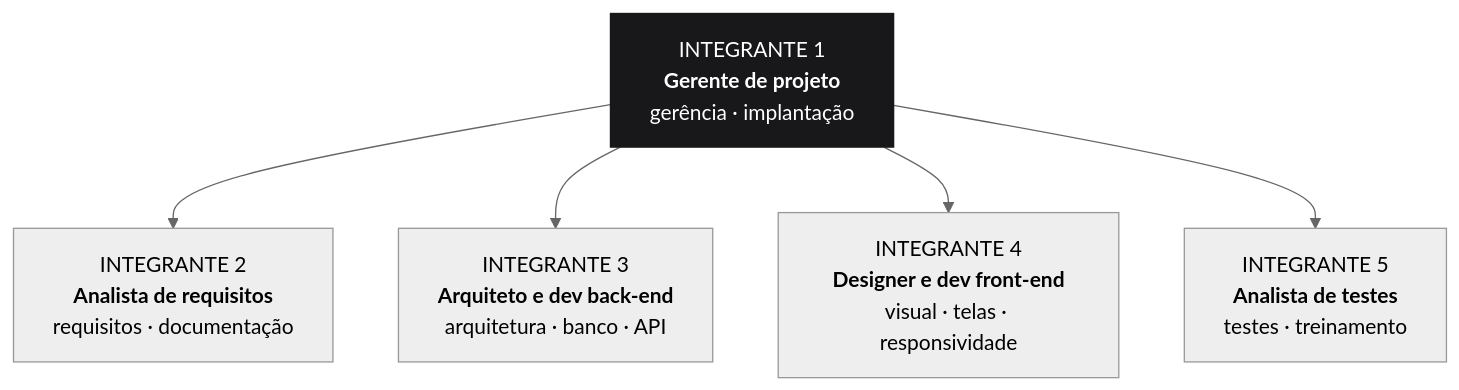
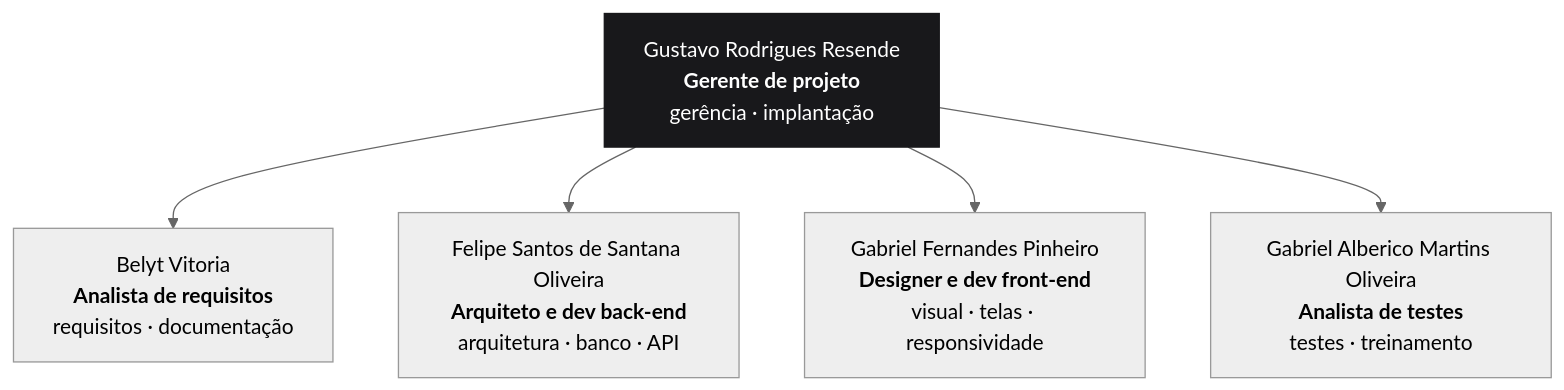
One commit to GustavoResendeDev/V2.AtividadeEscolar changed the diagram in docs/diagramas/fonte/03-equipe.mmd. Above: the diagram before and after it, drawn with Mermaid (neutral theme). The commit also changed 69 other files, not shown here.

```diff
--- a/docs/diagramas/fonte/03-equipe.mmd
+++ b/docs/diagramas/fonte/03-equipe.mmd
@@ -1,7 +1,7 @@
 flowchart TB
-  GP["INTEGRANTE 1<br/><b>Gerente de projeto</b><br/>gerência · implantação"]:::lider
-  GP --> RQ["INTEGRANTE 2<br/><b>Analista de requisitos</b><br/>requisitos · documentação"]
-  GP --> AR["INTEGRANTE 3<br/><b>Arquiteto e dev back-end</b><br/>arquitetura · banco · API"]
-  GP --> UX["INTEGRANTE 4<br/><b>Designer e dev front-end</b><br/>visual · telas · responsividade"]
-  GP --> QA["INTEGRANTE 5<br/><b>Analista de testes</b><br/>testes · treinamento"]
+  GP["Gustavo Rodrigues Resende<br/><b>Gerente de projeto</b><br/>gerência · implantação"]:::lider
+  GP --> RQ["Belyt Vitoria<br/><b>Analista de requisitos</b><br/>requisitos · documentação"]
+  GP --> AR["Felipe Santos de Santana Oliveira<br/><b>Arquiteto e dev back-end</b><br/>arquitetura · banco · API"]
+  GP --> UX["Gabriel Fernandes Pinheiro<br/><b>Designer e dev front-end</b><br/>visual · telas · responsividade"]
+  GP --> QA["Gabriel Alberico Martins Oliveira<br/><b>Analista de testes</b><br/>testes · treinamento"]
   classDef lider fill:#18181b,color:#fff,stroke:#18181b
```
